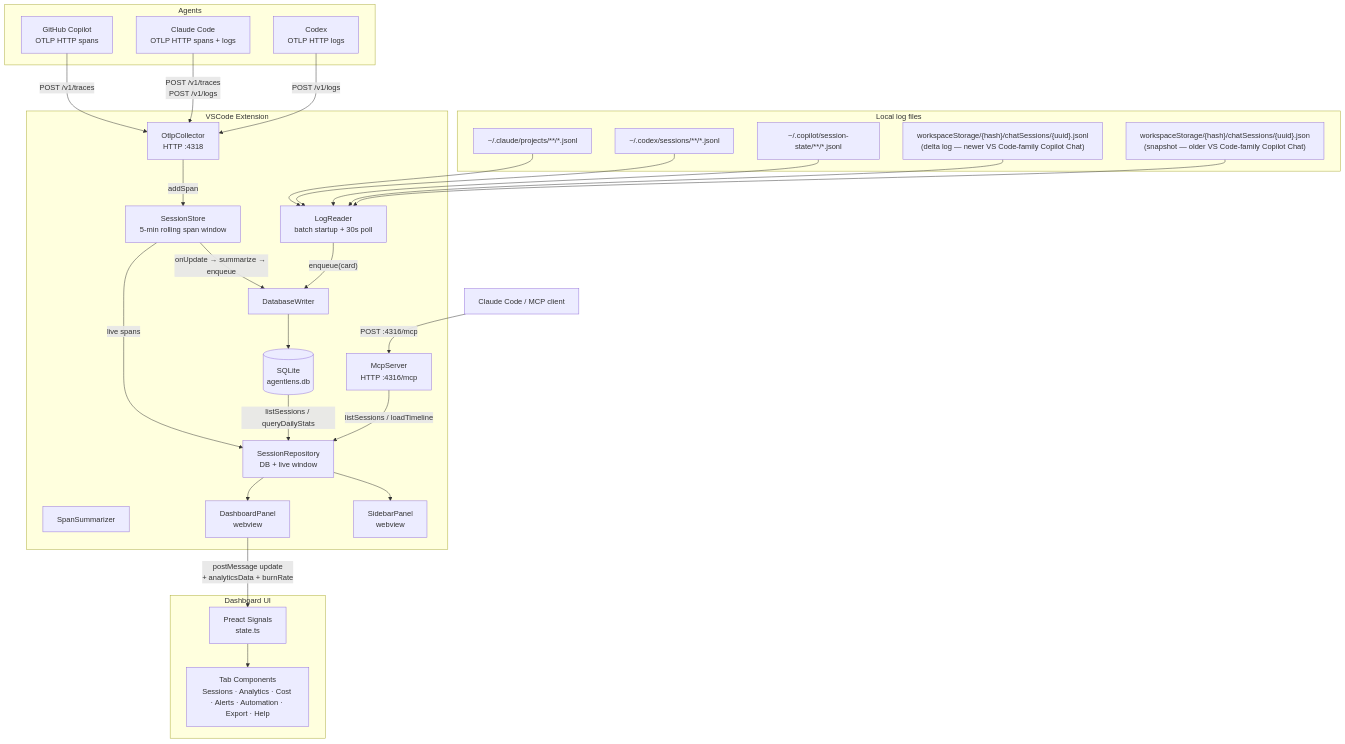
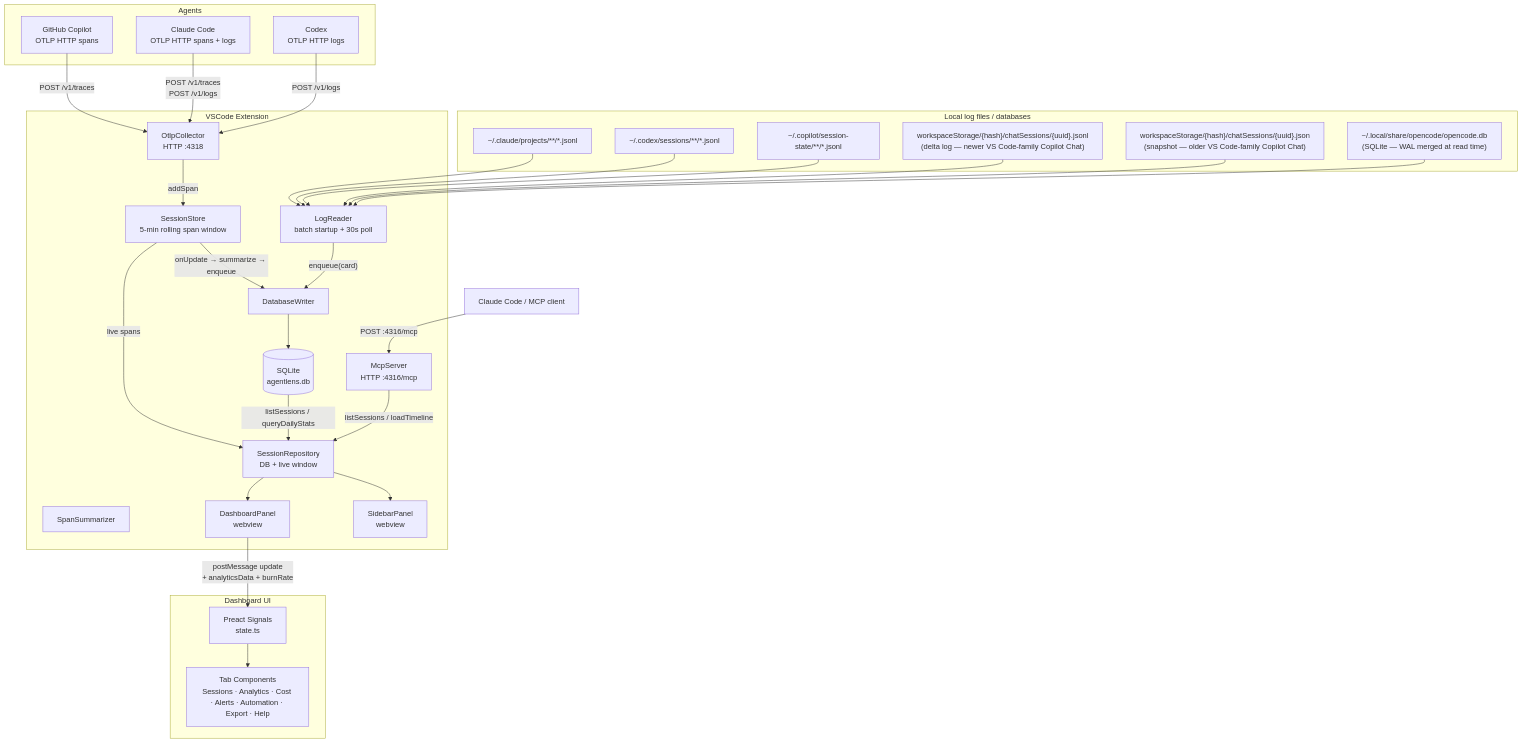
Before and after one commit to RogerReed/agentlens: the first of 19 diagrams in ARCHITECTURE.md, drawn with Mermaid. The commit also changed other lines of this file and 27 other files, not shown here.

````diff
--- a/ARCHITECTURE.md
+++ b/ARCHITECTURE.md
@@ -27,56 +27,57 @@
 ```mermaid
 graph TB
     subgraph Agents
         CP[GitHub Copilot<br/>OTLP HTTP spans]
         CC[Claude Code<br/>OTLP HTTP spans + logs]
         CX[Codex<br/>OTLP HTTP logs]
     end
 
-    subgraph LocalLogs["Local log files"]
+    subgraph LocalLogs["Local log files / databases"]
         CL_LOGS["~/.claude/projects/**/*.jsonl"]
         CX_LOGS["~/.codex/sessions/**/*.jsonl"]
         CP_LOGS["~/.copilot/session-state/**/*.jsonl"]
         CP_VS["workspaceStorage/{hash}/chatSessions/{uuid}.jsonl<br/>(delta log — newer VS Code-family Copilot Chat)"]
         CP_JSON["workspaceStorage/{hash}/chatSessions/{uuid}.json<br/>(snapshot — older VS Code-family Copilot Chat)"]
+        OC_DB["~/.local/share/opencode/opencode.db<br/>(SQLite — WAL merged at read time)"]
     end
 
     subgraph VSCode Extension
         COL[OtlpCollector<br/>HTTP :4318]
         LR[LogReader<br/>batch startup + 30s poll]
         STO[SessionStore<br/>5-min rolling span window]
         SUM[SpanSummarizer]
         WRI[DatabaseWriter]
         DB[(SQLite<br/>agentlens.db)]
         REPO[SessionRepository<br/>DB + live window]
         MCP[McpServer<br/>HTTP :4316/mcp]
         SID[SidebarPanel<br/>webview]
         DASH[DashboardPanel<br/>webview]
     end
 
     AGENT_MCP[Claude Code / MCP client] -- "POST :4316/mcp" --> MCP
     MCP -- listSessions / loadTimeline --> REPO
 
     subgraph Dashboard UI
         STATE[Preact Signals<br/>state.ts]
         TABS[Tab Components<br/>Sessions · Analytics · Cost · Alerts · Automation · Export · Help]
     end
 
     CP -- "POST /v1/traces" --> COL
     CC -- "POST /v1/traces<br/>POST /v1/logs" --> COL
     CX -- "POST /v1/logs" --> COL
 
     COL -- addSpan --> STO
     STO -- onUpdate → summarize → enqueue --> WRI
 
-    CL_LOGS & CX_LOGS & CP_LOGS & CP_VS & CP_JSON --> LR
+    CL_LOGS & CX_LOGS & CP_LOGS & CP_VS & CP_JSON & OC_DB --> LR
     LR -- "enqueue(card)" --> WRI
 
     WRI --> DB
     DB -- listSessions / queryDailyStats --> REPO
     STO -- live spans --> REPO
     REPO --> SID
     REPO --> DASH
 
     DASH -- "postMessage update<br/>+ analyticsData + burnRate" --> STATE
     STATE --> TABS
 ```
````
